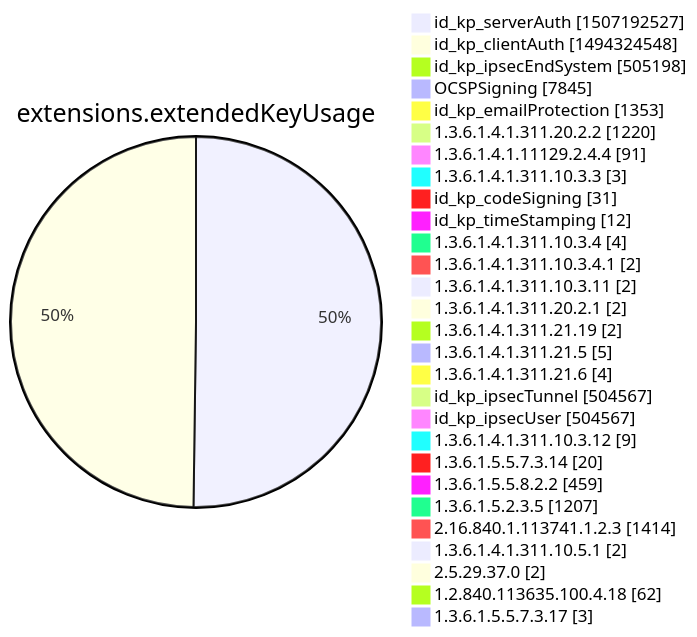
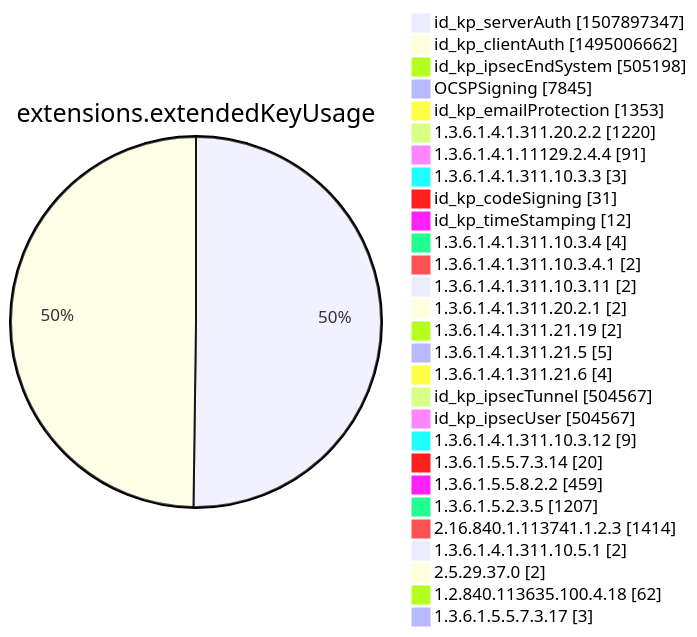
One commit to christiankrug/ctmonitor_visualization changed diagram 12 of 15 in xenon2022/README.md. Above: the diagram before and after it, drawn with Mermaid. The commit also changed other lines of this file, not shown here.

````diff
--- a/xenon2022/README.md
+++ b/xenon2022/README.md
@@ -3876,32 +3876,32 @@
 ```mermaid
 pie showData
 title extensions.extendedKeyUsage
-"id_kp_serverAuth" :1507192527
-"id_kp_clientAuth" :1494324548
+"id_kp_serverAuth" :1507897347
+"id_kp_clientAuth" :1495006662
 "id_kp_ipsecEndSystem" :505198
 "OCSPSigning" :7845
 "id_kp_emailProtection" :1353
 "1.3.6.1.4.1.311.20.2.2" :1220
 "1.3.6.1.4.1.11129.2.4.4" :91
 "1.3.6.1.4.1.311.10.3.3" :3
 "id_kp_codeSigning" :31
 "id_kp_timeStamping" :12
 "1.3.6.1.4.1.311.10.3.4" :4
 "1.3.6.1.4.1.311.10.3.4.1" :2
 "1.3.6.1.4.1.311.10.3.11" :2
 "1.3.6.1.4.1.311.20.2.1" :2
 "1.3.6.1.4.1.311.21.19" :2
 "1.3.6.1.4.1.311.21.5" :5
 "1.3.6.1.4.1.311.21.6" :4
 "id_kp_ipsecTunnel" :504567
 "id_kp_ipsecUser" :504567
 "1.3.6.1.4.1.311.10.3.12" :9
 "1.3.6.1.5.5.7.3.14" :20
 "1.3.6.1.5.5.8.2.2" :459
 "1.3.6.1.5.2.3.5" :1207
 "2.16.840.1.113741.1.2.3" :1414
 "1.3.6.1.4.1.311.10.5.1" :2
 "2.5.29.37.0" :2
 "1.2.840.113635.100.4.18" :62
 "1.3.6.1.5.5.7.3.17" :3
 ```
````
